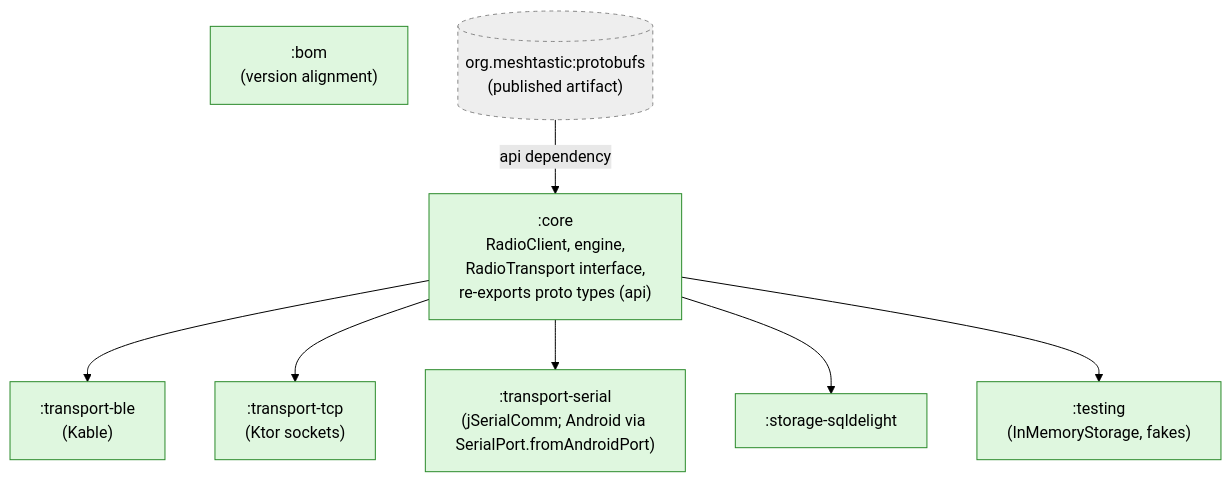
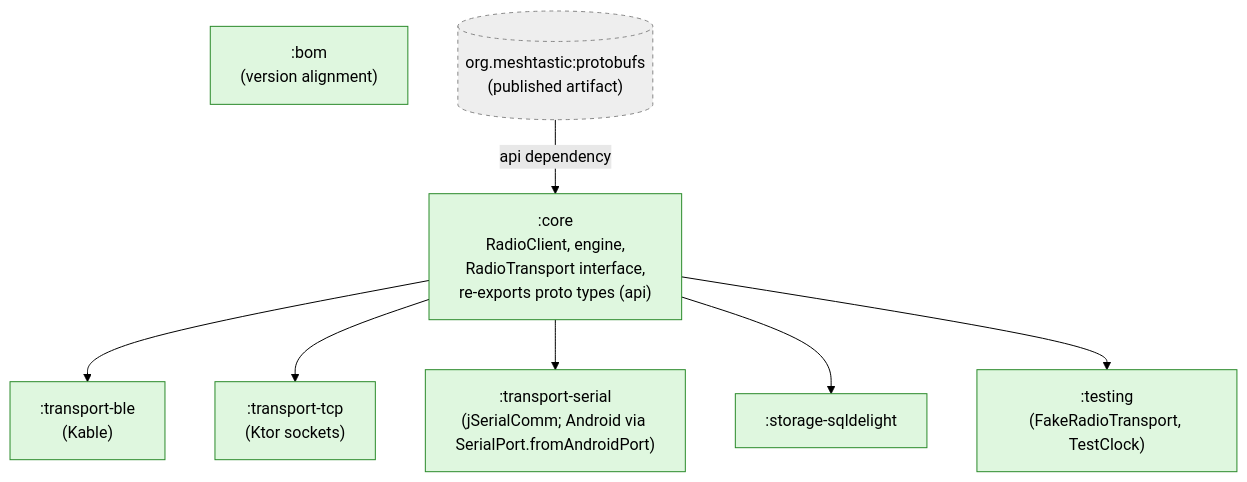
One commit to meshtastic/meshtastic-sdk changed the first of 3 diagrams in docs/architecture/module-graph.md. Above: the diagram before and after it, drawn with Mermaid (forest theme). The commit also changed other lines of this file and 14 other files, not shown here.

````diff
--- a/docs/architecture/module-graph.md
+++ b/docs/architecture/module-graph.md
@@ -9,26 +9,26 @@
 ```mermaid
 flowchart TB
     classDef pub fill:#dff7df,stroke:#2a8a2a;
     classDef external fill:#eee,stroke:#888,stroke-dasharray: 4 4;
 
     core[":core<br/>RadioClient, engine,<br/>RadioTransport interface,<br/>re-exports proto types (api)"]:::pub
 
     ble[":transport-ble<br/>(Kable)"]:::pub
     tcp[":transport-tcp<br/>(Ktor sockets)"]:::pub
     serial[":transport-serial<br/>(jSerialComm; Android via SerialPort.fromAndroidPort)"]:::pub
 
     storageSql[":storage-sqldelight"]:::pub
 
-    testing[":testing<br/>(InMemoryStorage, fakes)"]:::pub
+    testing[":testing<br/>(FakeRadioTransport, TestClock)"]:::pub
     bom[":bom<br/>(version alignment)"]:::pub
 
     extProtobufs[("org.meshtastic:protobufs<br/>(published artifact)")]:::external
 
     extProtobufs -->|api dependency| core
 
     core --> ble
     core --> tcp
     core --> serial
     core --> storageSql
     core --> testing
 ```
````
